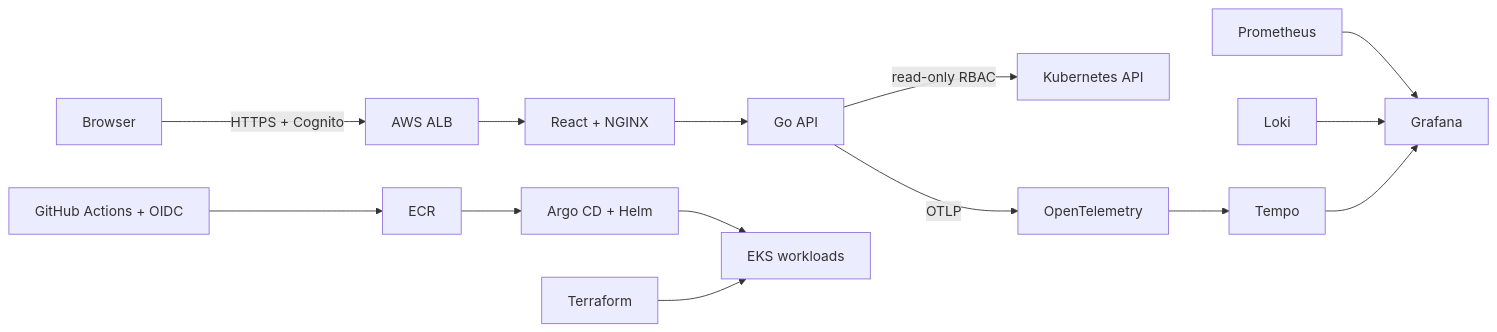
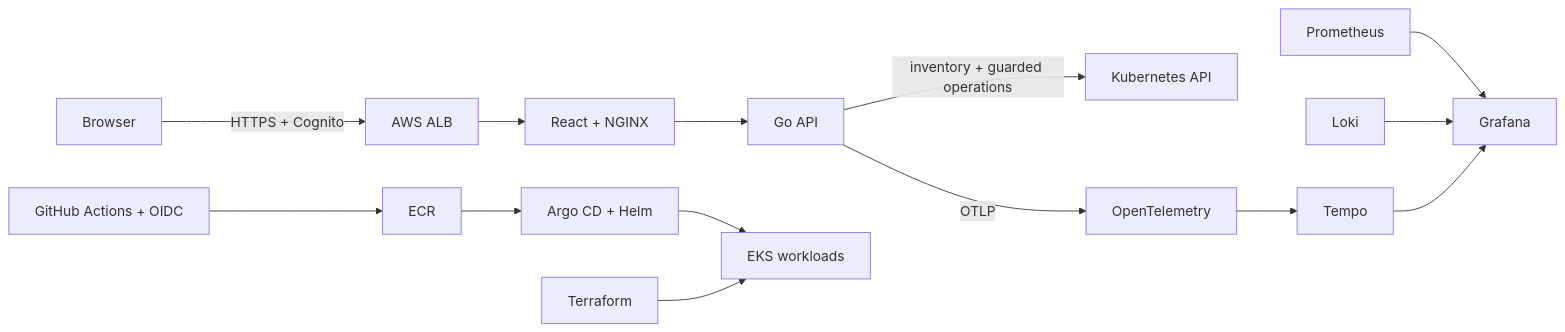
One commit to andy98w/Kubernetes-Dashboard changed the diagram in README.md. Above: the diagram before and after it, drawn with Mermaid. The commit also changed other lines of this file and 23 other files, not shown here.

Commit message:
Add guarded Kubernetes operations

````diff
--- a/README.md
+++ b/README.md
@@ -41,16 +44,16 @@
 ```mermaid
 flowchart LR
     User[Browser] -->|HTTPS + Cognito| ALB[AWS ALB]
     ALB --> Web[React + NGINX]
     Web --> API[Go API]
-    API -->|read-only RBAC| K8s[Kubernetes API]
+    API -->|inventory + guarded operations| K8s[Kubernetes API]
     API -->|OTLP| OTel[OpenTelemetry]
     OTel --> Tempo[Tempo]
     Prom[Prometheus] --> Grafana[Grafana]
     Loki[Loki] --> Grafana
     Tempo --> Grafana
     GHA[GitHub Actions + OIDC] --> ECR[ECR]
     ECR --> Argo[Argo CD + Helm]
     Argo --> EKS[EKS workloads]
     Terraform[Terraform] --> EKS
 ```
````
